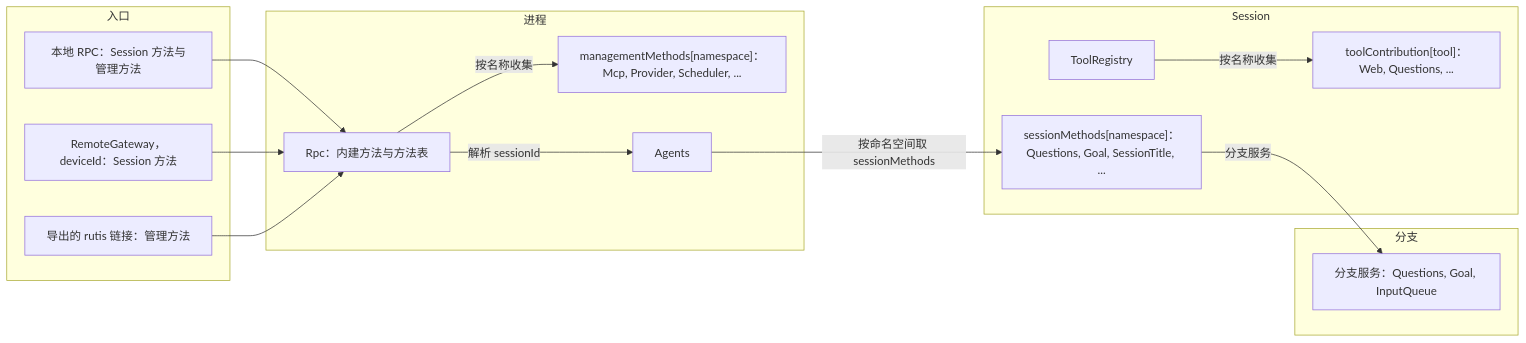
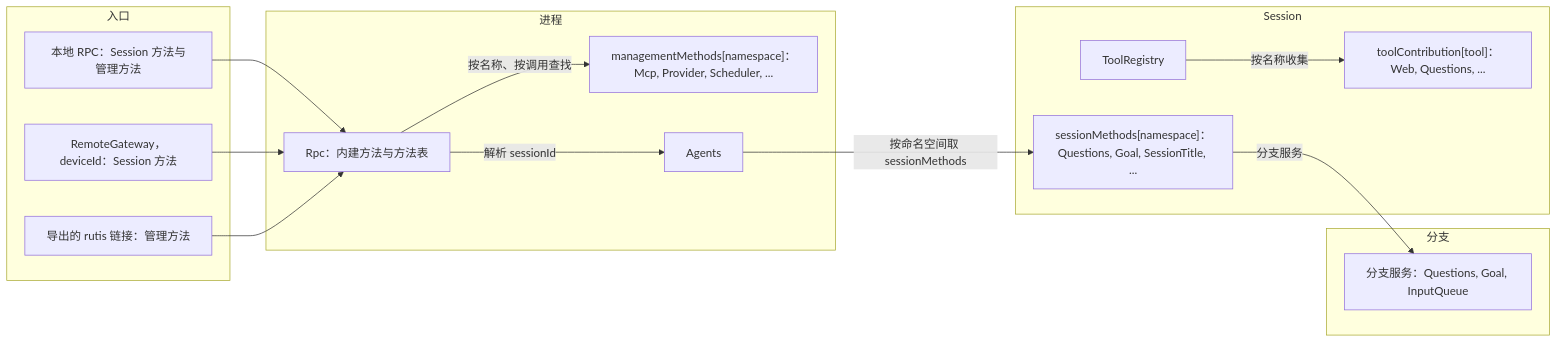
The first of 3 diagrams in docs/zh/design/contracts/session-boundary.md (CoutinhoTTS/dim-agent), drawn with Mermaid before and after one commit. The commit also changed other lines of this file and 15 other files, not shown here.

````diff
--- a/docs/zh/design/contracts/session-boundary.md
+++ b/docs/zh/design/contracts/session-boundary.md
@@ -21,29 +21,29 @@
 ```mermaid
 flowchart LR
   subgraph ENT["入口"]
     Local["本地 RPC：Session 方法与管理方法"]
     Remote["RemoteGateway，deviceId：Session 方法"]
     Link["导出的 rutis 链接：管理方法"]
   end
   subgraph PROC["进程"]
     Rpc["Rpc：内建方法与方法表"]
     MM["managementMethods[namespace]：Mcp, Provider, Scheduler, ..."]
     AI["Agents"]
   end
   subgraph SES["Session"]
     SM["sessionMethods[namespace]：Questions, Goal, SessionTitle, ..."]
     TR["ToolRegistry"]
     TC2["toolContribution[tool]：Web, Questions, ..."]
   end
   subgraph BR["分支"]
     BS["分支服务：Questions, Goal, InputQueue"]
   end
   Local --> Rpc
   Remote --> Rpc
   Link --> Rpc
-  Rpc -->|"按名称收集"| MM
+  Rpc -->|"按名称、按调用查找"| MM
   Rpc -->|"解析 sessionId"| AI
   AI -->|"按命名空间取 sessionMethods"| SM
   SM -->|"分支服务"| BS
   TR -->|"按名称收集"| TC2
 ```
````
